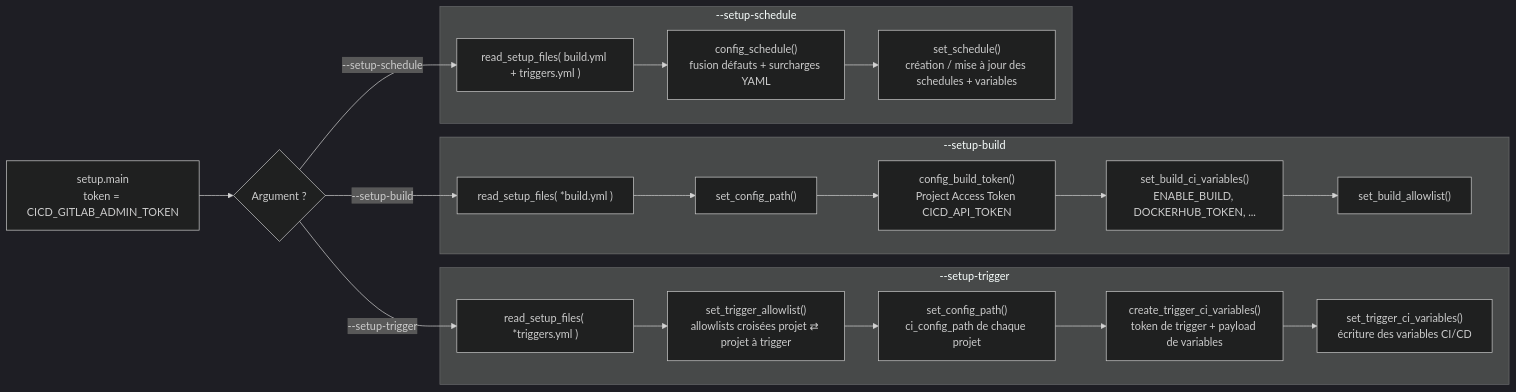
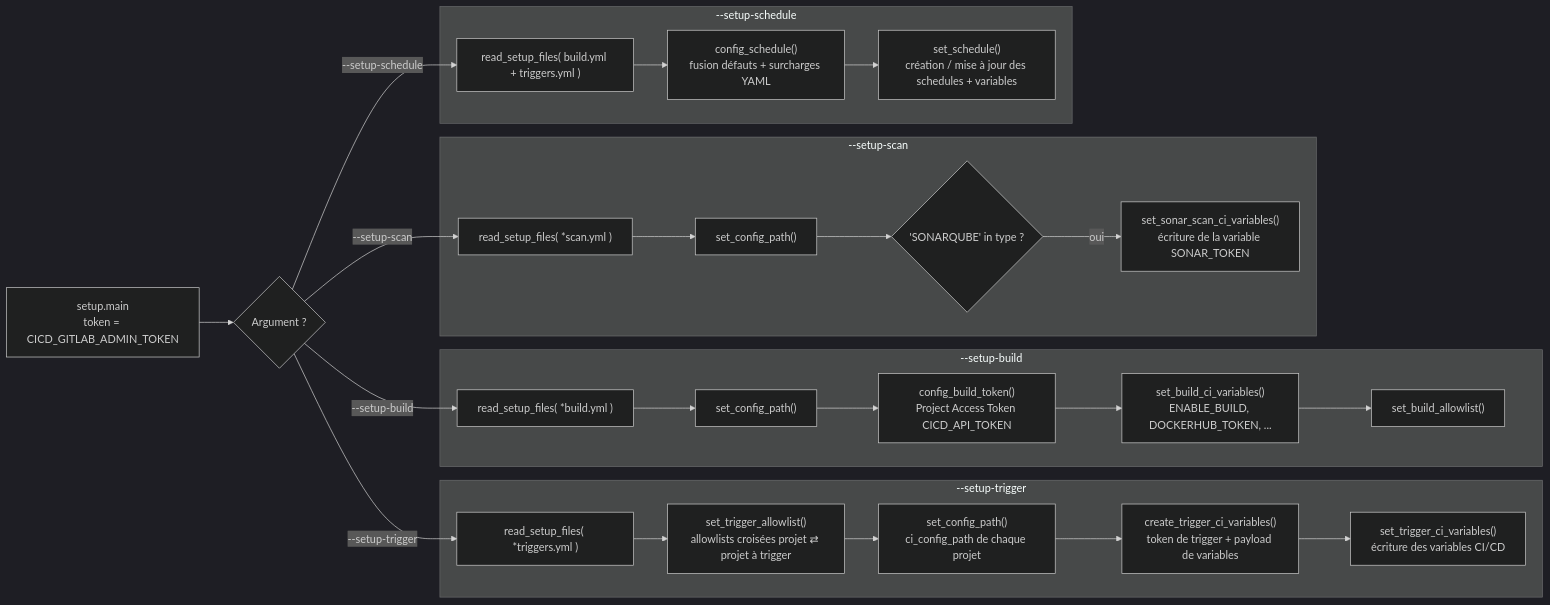
Before and after one commit to messagerie-melanie2/cicd-yaml: the diagram in docs/modules/SETUP_PROJECT.md, drawn with Mermaid (dark theme). The commit also changed other lines of this file and 6 other files, not shown here.

Commit message:
docs(): add setup scan docs

````diff
--- a/docs/modules/SETUP_PROJECT.md
+++ b/docs/modules/SETUP_PROJECT.md
@@ -47,26 +49,33 @@
 ```mermaid
 flowchart LR
     M["setup.main<br>token = CICD_GITLAB_ADMIN_TOKEN"] --> ARG{Argument ?}
     ARG -- "--setup-trigger" --> T1
     ARG -- "--setup-build" --> B1
+    ARG -- "--setup-scan" --> C1
     ARG -- "--setup-schedule" --> S1
 
     subgraph Trigger ["--setup-trigger"]
         T1["read_setup_files( *triggers.yml )"] --> T2["set_trigger_allowlist()<br>allowlists croisées projet ⇄ projet à trigger"]
         T2 --> T3["set_config_path()<br>ci_config_path de chaque projet"]
         T3 --> T4["create_trigger_ci_variables()<br>token de trigger + payload de variables"]
         T4 --> T5["set_trigger_ci_variables()<br>écriture des variables CI/CD"]
     end
 
     subgraph Build ["--setup-build"]
         B1["read_setup_files( *build.yml )"] --> B2["set_config_path()"]
         B2 --> B3["config_build_token()<br>Project Access Token CICD_API_TOKEN"]
         B3 --> B4["set_build_ci_variables()<br>ENABLE_BUILD, DOCKERHUB_TOKEN, ..."]
         B4 --> B5["set_build_allowlist()"]
     end
 
+    subgraph Scan ["--setup-scan"]
+        C1["read_setup_files( *scan.yml )"] --> C2["set_config_path()"]
+        C2 --> C3{"'SONARQUBE' in type ?"}
+        C3 -- oui --> C4["set_sonar_scan_ci_variables()<br>écriture de la variable SONAR_TOKEN"]
+    end
+
     subgraph Schedule ["--setup-schedule"]
         S1["read_setup_files( build.yml + triggers.yml )"] --> S2["config_schedule()<br>fusion défauts + surcharges YAML"]
         S2 --> S3["set_schedule()<br>création / mise à jour des schedules + variables"]
     end
 ```
````
